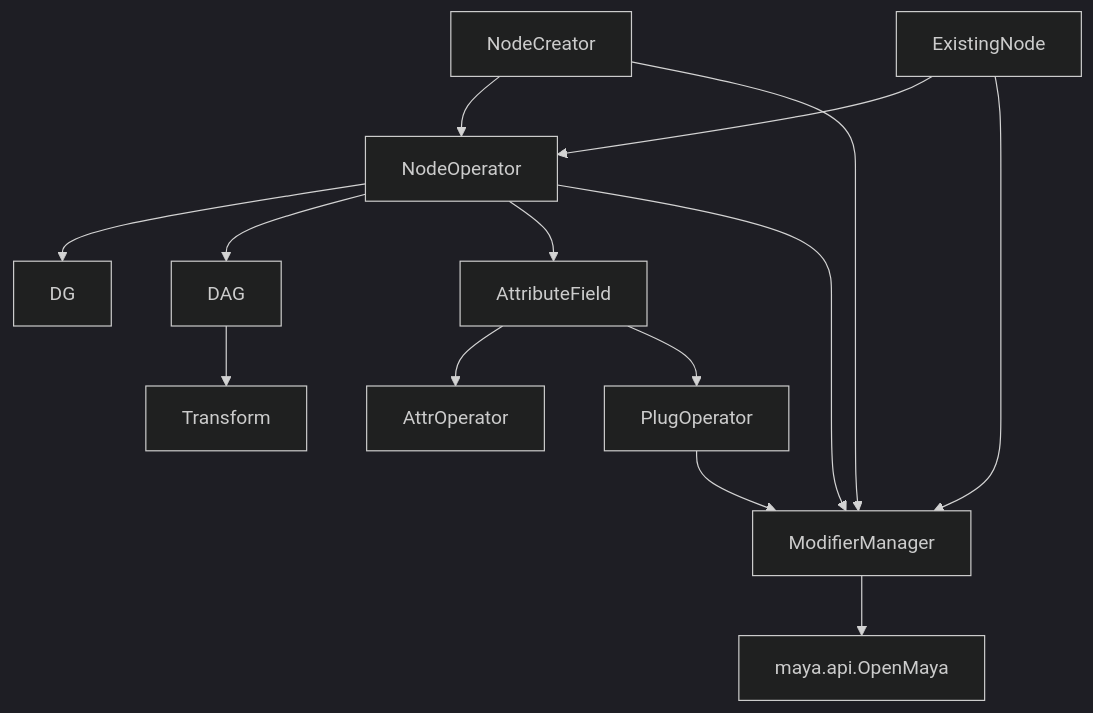
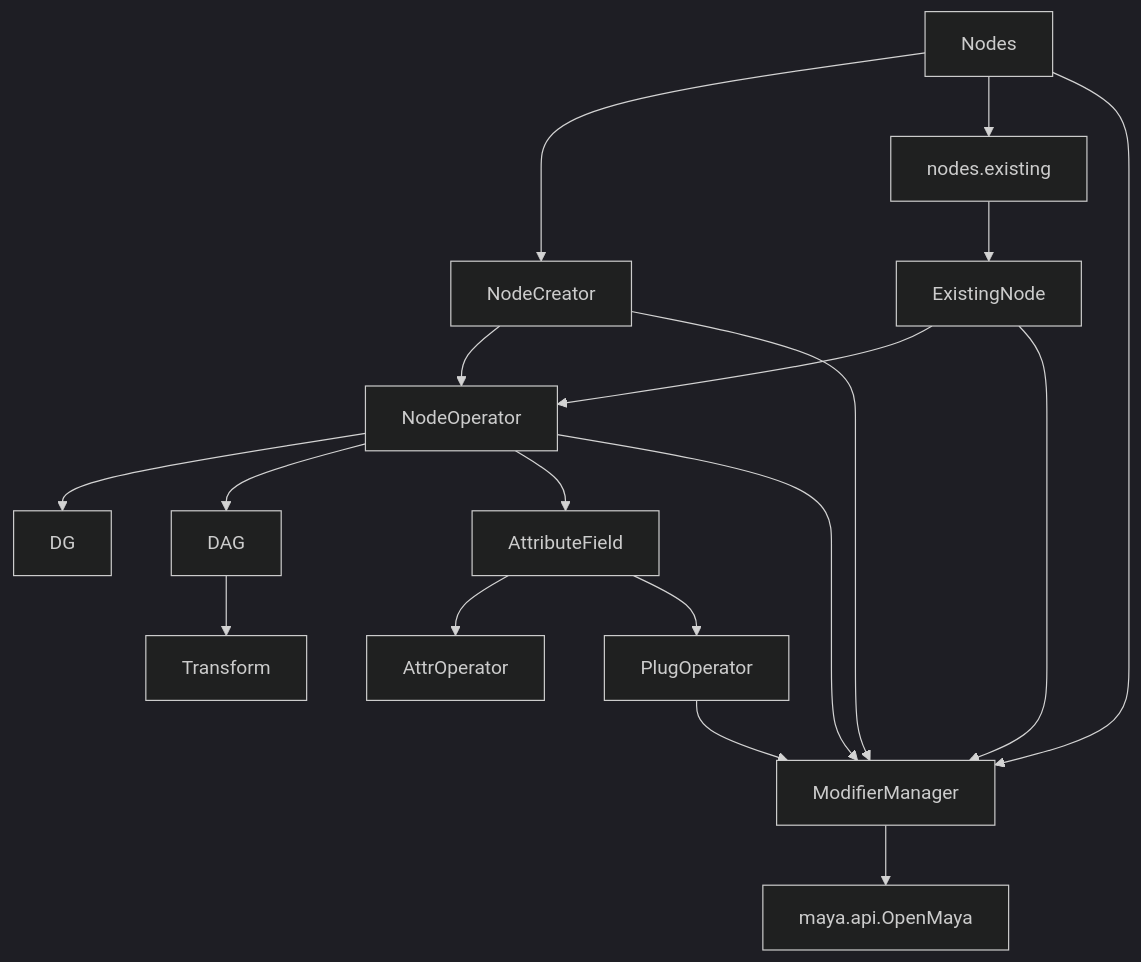
The diagram in bakedanuki/bakedanuki-util/docs/maya/node_operator/README.md (AkihiroMamiduka/bakedanuki-util), drawn with Mermaid (dark theme) before and after one commit. The commit also changed other lines of this file and 12 other files, not shown here.

Commit message:
feat: NodeCreator, ExistingNode へのアクセスを容易にする、Nodes クラスを追加。 - nodes = bdu.Nodes() - node = nodes.create.transform(name="node_name") - existing = nodes.existing.transform("existing_node_name")

````diff
--- a/bakedanuki/bakedanuki-util/docs/maya/node_operator/README.md
+++ b/bakedanuki/bakedanuki-util/docs/maya/node_operator/README.md
@@ -44,28 +46,34 @@
 ```mermaid
 flowchart TD
     NodeOperator["NodeOperator"]
     DG["DG"]
     DAG["DAG"]
     Transform["Transform"]
     AttributeField["AttributeField"]
     AttrOperator["AttrOperator"]
     PlugOperator["PlugOperator"]
     ModifierManager["ModifierManager"]
+    Nodes["Nodes"]
     NodeCreator["NodeCreator"]
+    ExistingAccessor["nodes.existing"]
     ExistingNode["ExistingNode"]
     OpenMaya["maya.api.OpenMaya"]
 
+    Nodes --> NodeCreator
+    Nodes --> ExistingAccessor
+    Nodes --> ModifierManager
+    ExistingAccessor --> ExistingNode
     NodeCreator --> NodeOperator
     NodeCreator --> ModifierManager
     ExistingNode --> NodeOperator
     ExistingNode --> ModifierManager
     NodeOperator --> DG
     NodeOperator --> DAG
     DAG --> Transform
     NodeOperator --> AttributeField
     AttributeField --> AttrOperator
     AttributeField --> PlugOperator
     PlugOperator --> ModifierManager
     NodeOperator --> ModifierManager
     ModifierManager --> OpenMaya
 ```
````
